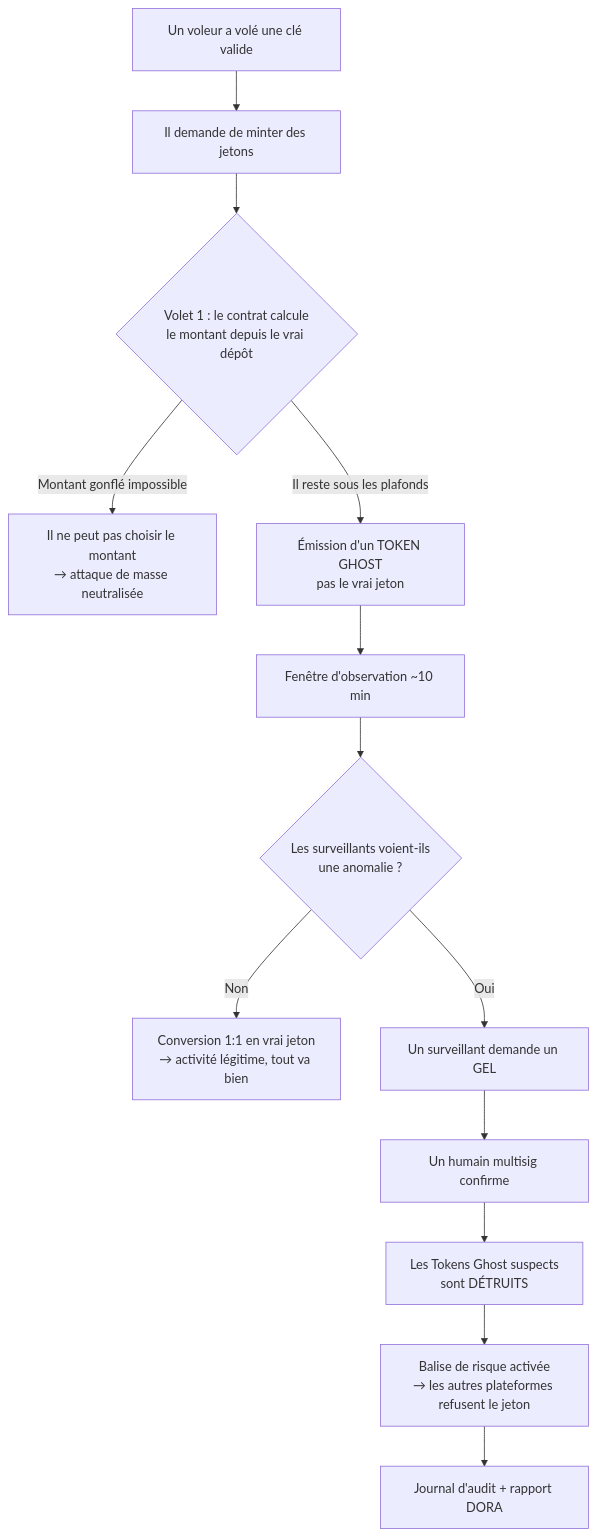
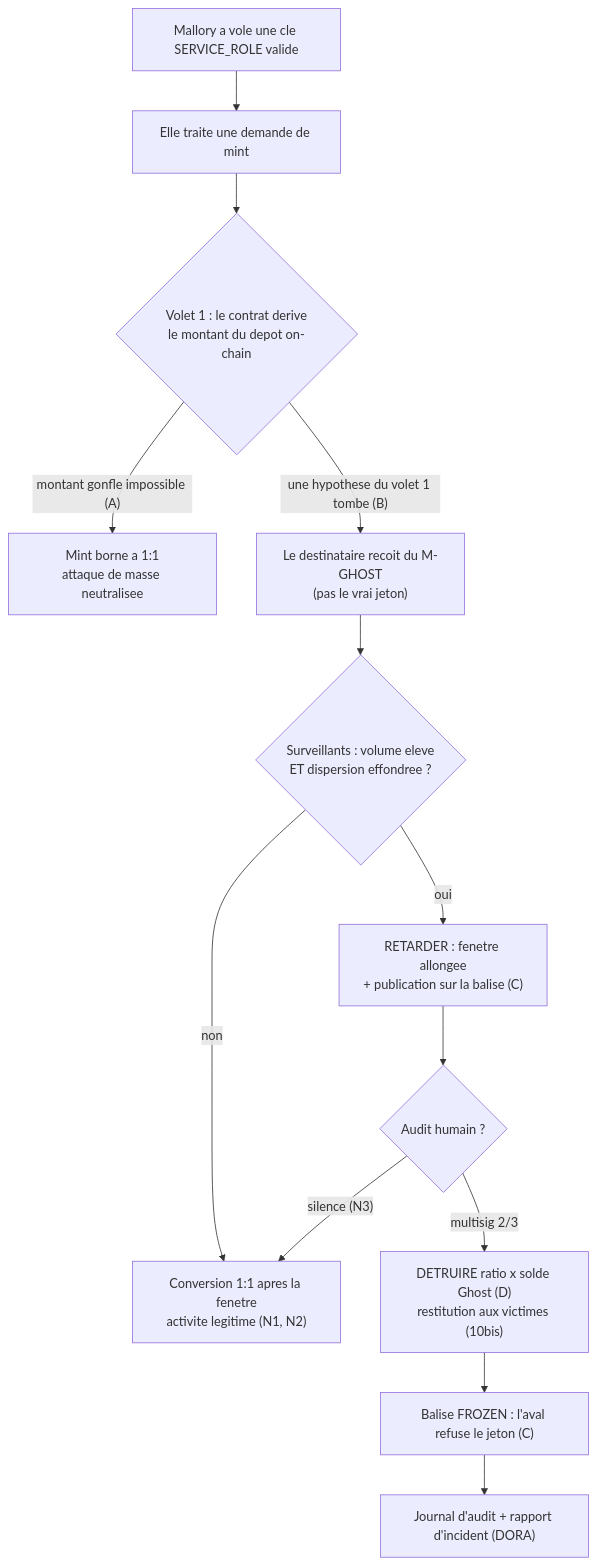
The first of 6 diagrams in docs-site/le-parcours-dune-attaque.mdx (marceaupatu123/secure-horizons), drawn with Mermaid before and after one commit. The commit also changed other lines of this file and 29 other files, not shown here.

````diff
--- a/docs-site/le-parcours-dune-attaque.mdx
+++ b/docs-site/le-parcours-dune-attaque.mdx
@@ -11,15 +27,15 @@
 ```mermaid
 flowchart TD
-    A[Un voleur a volé une clé valide] --> B[Il demande de minter des jetons]
-    B --> C{Volet 1 : le contrat calcule<br/>le montant depuis le vrai dépôt}
-    C -->|Montant gonflé impossible| D[Il ne peut pas choisir le montant<br/>→ attaque de masse neutralisée]
-    C -->|Il reste sous les plafonds| E[Émission d'un TOKEN GHOST<br/>pas le vrai jeton]
-    E --> F[Fenêtre d'observation ~10 min]
-    F --> G{Les surveillants voient-ils<br/>une anomalie ?}
-    G -->|Non| H[Conversion 1:1 en vrai jeton<br/>→ activité légitime, tout va bien]
-    G -->|Oui| I[Un surveillant demande un GEL]
-    I --> J[Un humain multisig confirme]
-    J --> K[Les Tokens Ghost suspects<br/>sont DÉTRUITS]
-    K --> L[Balise de risque activée<br/>→ les autres plateformes refusent le jeton]
-    L --> M[Journal d'audit + rapport DORA]
+    K["Mallory a vole une cle SERVICE_ROLE valide"] --> R["Elle traite une demande de mint"]
+    R --> V1{"Volet 1 : le contrat derive<br/>le montant du depot on-chain"}
+    V1 -->|"montant gonfle impossible (A)"| STOP1["Mint borne a 1:1<br/>attaque de masse neutralisee"]
+    V1 -->|"une hypothese du volet 1 tombe (B)"| GHOST["Le destinataire recoit du M-GHOST<br/>(pas le vrai jeton)"]
+    GHOST --> WATCH{"Surveillants : volume eleve<br/>ET dispersion effondree ?"}
+    WATCH -->|"non"| CONV["Conversion 1:1 apres la fenetre<br/>activite legitime (N1, N2)"]
+    WATCH -->|"oui"| DELAY["RETARDER : fenetre allongee<br/>+ publication sur la balise (C)"]
+    DELAY --> AUDIT{"Audit humain ?"}
+    AUDIT -->|"silence (N3)"| CONV
+    AUDIT -->|"multisig 2/3"| BURN["DETRUIRE ratio x solde Ghost (D)<br/>restitution aux victimes (10bis)"]
+    BURN --> AVAL["Balise FROZEN : l'aval refuse le jeton (C)"]
+    AVAL --> LOG["Journal d'audit + rapport d'incident (DORA)"]
 ```
````
